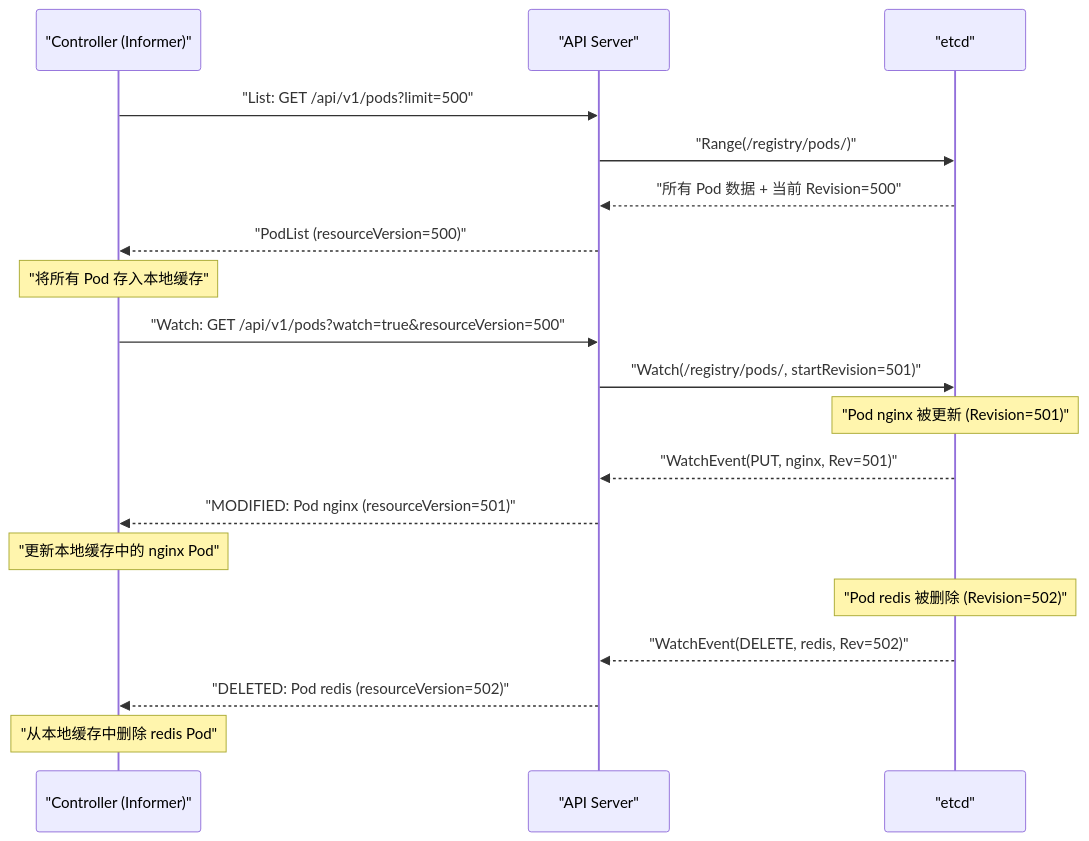
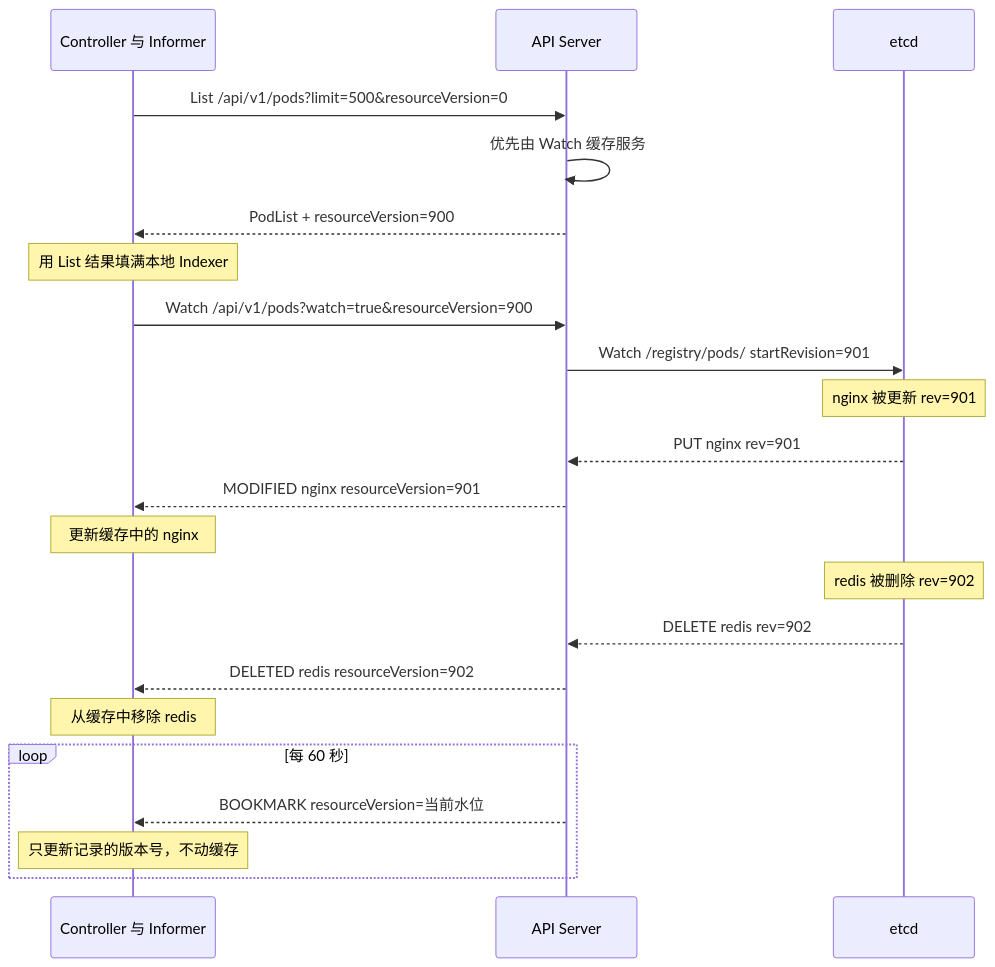
The fifth of 7 diagrams in content/云原生/Kubernetes/kubernetes架构原则和对象设计/06 etcd 与 Kubernetes 的状态存储.md (hpliStartAgain/my-brain), drawn with Mermaid before and after one commit. The commit also changed other lines of this file and 24 other files, not shown here.

````diff
--- a/content/云原生/Kubernetes/kubernetes架构原则和对象设计/06 etcd 与 Kubernetes 的状态存储.md
+++ b/content/云原生/Kubernetes/kubernetes架构原则和对象设计/06 etcd 与 Kubernetes 的状态存储.md
@@ -211,29 +301,30 @@
 ```mermaid
 %%{init: {'theme': 'dracula'}}%%
 sequenceDiagram
-    participant Ctrl as "Controller (Informer)"
-    participant API as "API Server"
-    participant ETCD as "etcd"
+    participant C as Controller 与 Informer
+    participant A as API Server
+    participant E as etcd
 
-    Ctrl->>API: "List: GET /api/v1/pods?limit=500"
-    API->>ETCD: "Range(/registry/pods/)"
-    ETCD-->>API: "所有 Pod 数据 + 当前 Revision=500"
-    API-->>Ctrl: "PodList (resourceVersion=500)"
-    
-    Note over Ctrl: "将所有 Pod 存入本地缓存"
-    
-    Ctrl->>API: "Watch: GET /api/v1/pods?watch=true&resourceVersion=500"
-    API->>ETCD: "Watch(/registry/pods/, startRevision=501)"
-    
-    Note over ETCD: "Pod nginx 被更新 (Revision=501)"
-    ETCD-->>API: "WatchEvent(PUT, nginx, Rev=501)"
-    API-->>Ctrl: "MODIFIED: Pod nginx (resourceVersion=501)"
-    
-    Note over Ctrl: "更新本地缓存中的 nginx Pod"
-    
-    Note over ETCD: "Pod redis 被删除 (Revision=502)"
-    ETCD-->>API: "WatchEvent(DELETE, redis, Rev=502)"
-    API-->>Ctrl: "DELETED: Pod redis (resourceVersion=502)"
-    
-    Note over Ctrl: "从本地缓存中删除 redis Pod"
+    C->>A: List /api/v1/pods?limit=500&resourceVersion=0
+    A->>A: 优先由 Watch 缓存服务
+    A-->>C: PodList + resourceVersion=900
+    Note over C: 用 List 结果填满本地 Indexer
+
+    C->>A: Watch /api/v1/pods?watch=true&resourceVersion=900
+    A->>E: Watch /registry/pods/ startRevision=901
+
+    Note over E: nginx 被更新 rev=901
+    E-->>A: PUT nginx rev=901
+    A-->>C: MODIFIED nginx resourceVersion=901
+    Note over C: 更新缓存中的 nginx
+
+    Note over E: redis 被删除 rev=902
+    E-->>A: DELETE redis rev=902
+    A-->>C: DELETED redis resourceVersion=902
+    Note over C: 从缓存中移除 redis
+
+    loop 每 60 秒
+        A-->>C: BOOKMARK resourceVersion=当前水位
+        Note over C: 只更新记录的版本号，不动缓存
+    end
 ```
````
